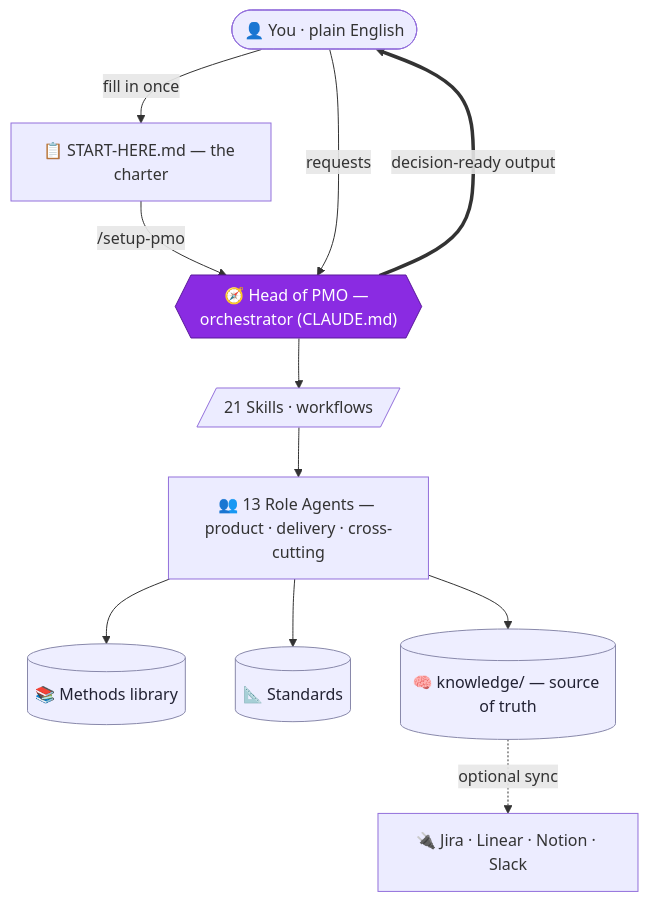
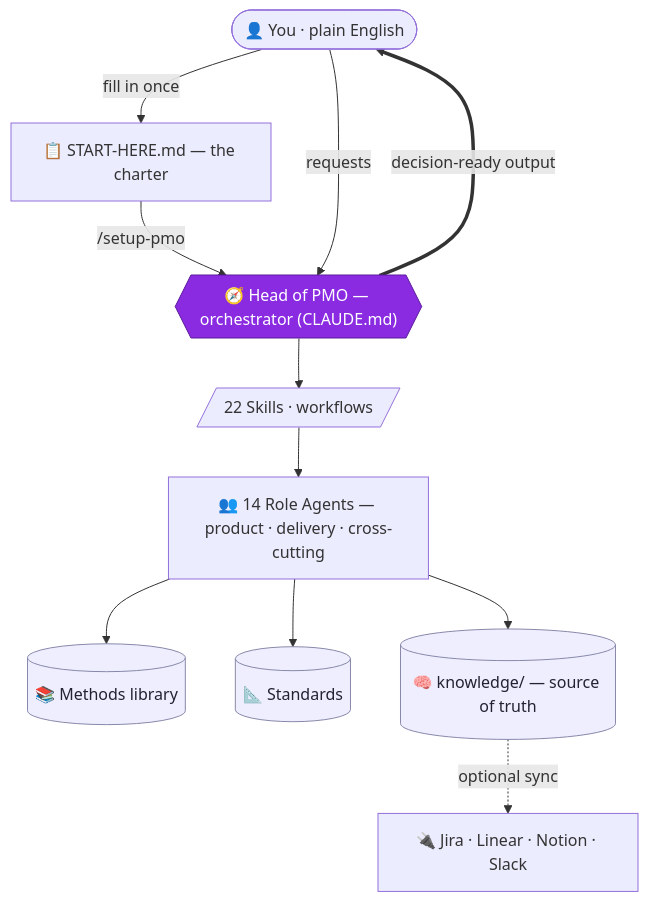
One commit to link7373/agentic-pmo changed the first of 2 diagrams in README.md. Above: the diagram before and after it, drawn with Mermaid. The commit also changed other lines of this file and 55 other files, not shown here.

````diff
--- a/README.md
+++ b/README.md
@@ -34,18 +34,18 @@
 ```mermaid
 flowchart TD
     A(["👤 You · plain English"]) -->|"fill in once"| B["📋 START-HERE.md — the charter"]
     B -->|"/setup-pmo"| M
     A -->|"requests"| M{{"🧭 Head of PMO — orchestrator (CLAUDE.md)"}}
-    M --> SK[/"21 Skills · workflows"/]
-    SK --> AG["👥 13 Role Agents — product · delivery · cross-cutting"]
+    M --> SK[/"22 Skills · workflows"/]
+    SK --> AG["👥 14 Role Agents — product · delivery · cross-cutting"]
     AG --> ME[("📚 Methods library")]
     AG --> ST[("📐 Standards")]
     AG --> KN[("🧠 knowledge/ — source of truth")]
     KN -. "optional sync" .-> TOOLS["🔌 Jira · Linear · Notion · Slack"]
     M ==>|"decision-ready output"| A
 
     classDef hub fill:#8A2BE2,stroke:#5a1a9a,color:#fff;
     classDef store fill:#eef,stroke:#88a,color:#223;
     class M hub;
     class ME,ST,KN store;
 ```
````
